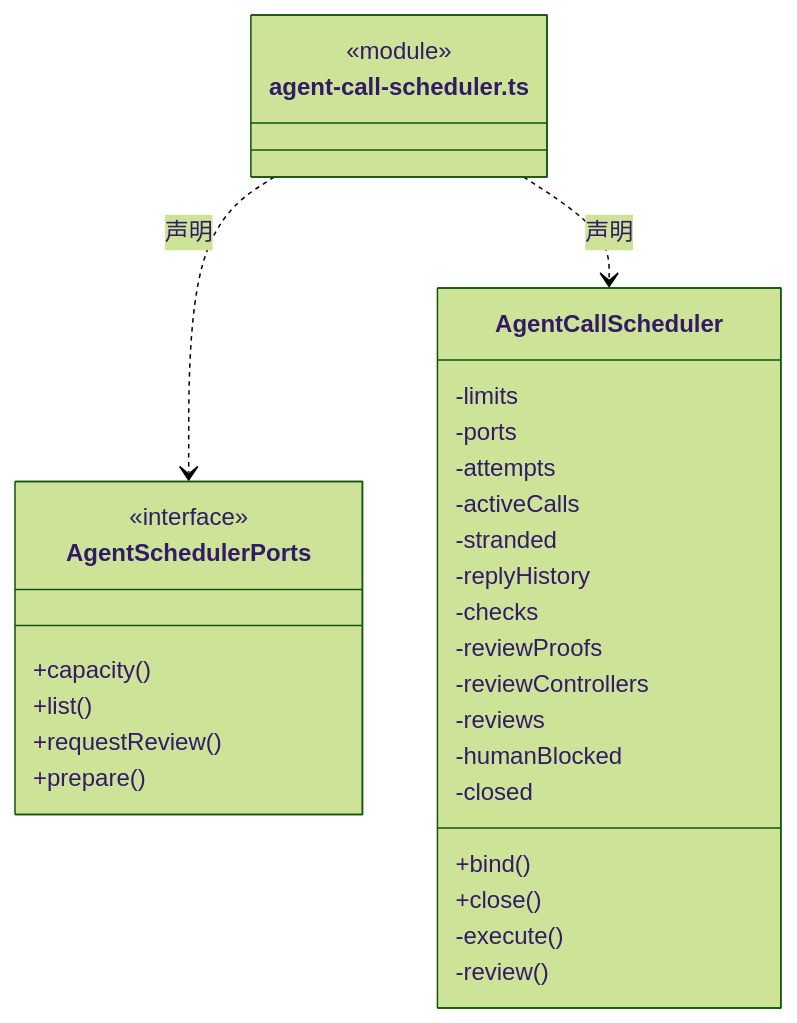
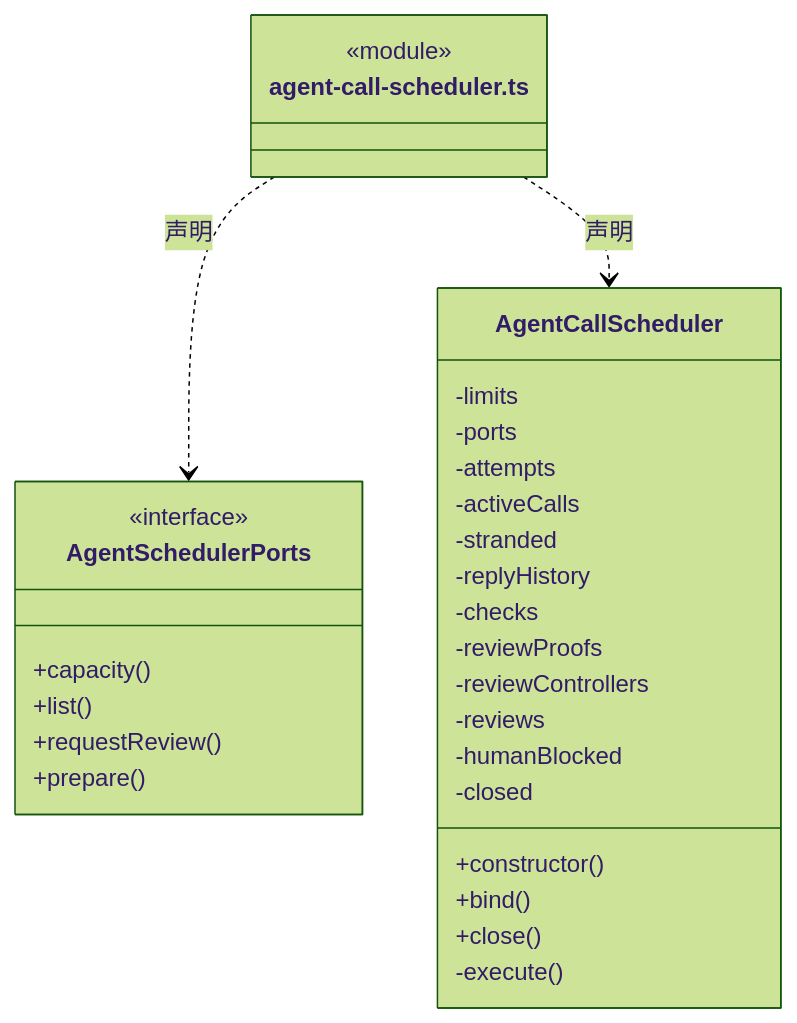
One commit to nan023062/cbim changed the first of 9 diagrams in src/logic/execution/assembly/ARCHITECTURE.md. Above: the diagram before and after it, drawn with Mermaid (forest theme). The commit also changed other lines of this file and 139 other files, not shown here.

Commit message:
docs(architecture): add source reading paths and complete file inventories

````diff
--- a/src/logic/execution/assembly/ARCHITECTURE.md
+++ b/src/logic/execution/assembly/ARCHITECTURE.md
@@ -25,33 +29,33 @@
 ```mermaid
 classDiagram
 class N_src_logic_execution_assembly_agent_call_scheduler_ts["agent-call-scheduler.ts"] {
   <<module>>
 }
 class N_src_logic_execution_assembly_agent_call_scheduler_ts_AgentSchedulerPorts["AgentSchedulerPorts"] {
   <<interface>>
   +capacity()
   +list()
   +requestReview()
   +prepare()
 }
 N_src_logic_execution_assembly_agent_call_scheduler_ts ..> N_src_logic_execution_assembly_agent_call_scheduler_ts_AgentSchedulerPorts : 声明
 class N_src_logic_execution_assembly_agent_call_scheduler_ts_AgentCallScheduler["AgentCallScheduler"] {
+  +constructor()
   +bind()
   +close()
   -limits
   -ports
   -attempts
   -activeCalls
   -stranded
   -replyHistory
   -checks
   -reviewProofs
   -reviewControllers
   -reviews
   -humanBlocked
   -closed
   -execute()
-  -review()
 }
 N_src_logic_execution_assembly_agent_call_scheduler_ts ..> N_src_logic_execution_assembly_agent_call_scheduler_ts_AgentCallScheduler : 声明
 ```
````
